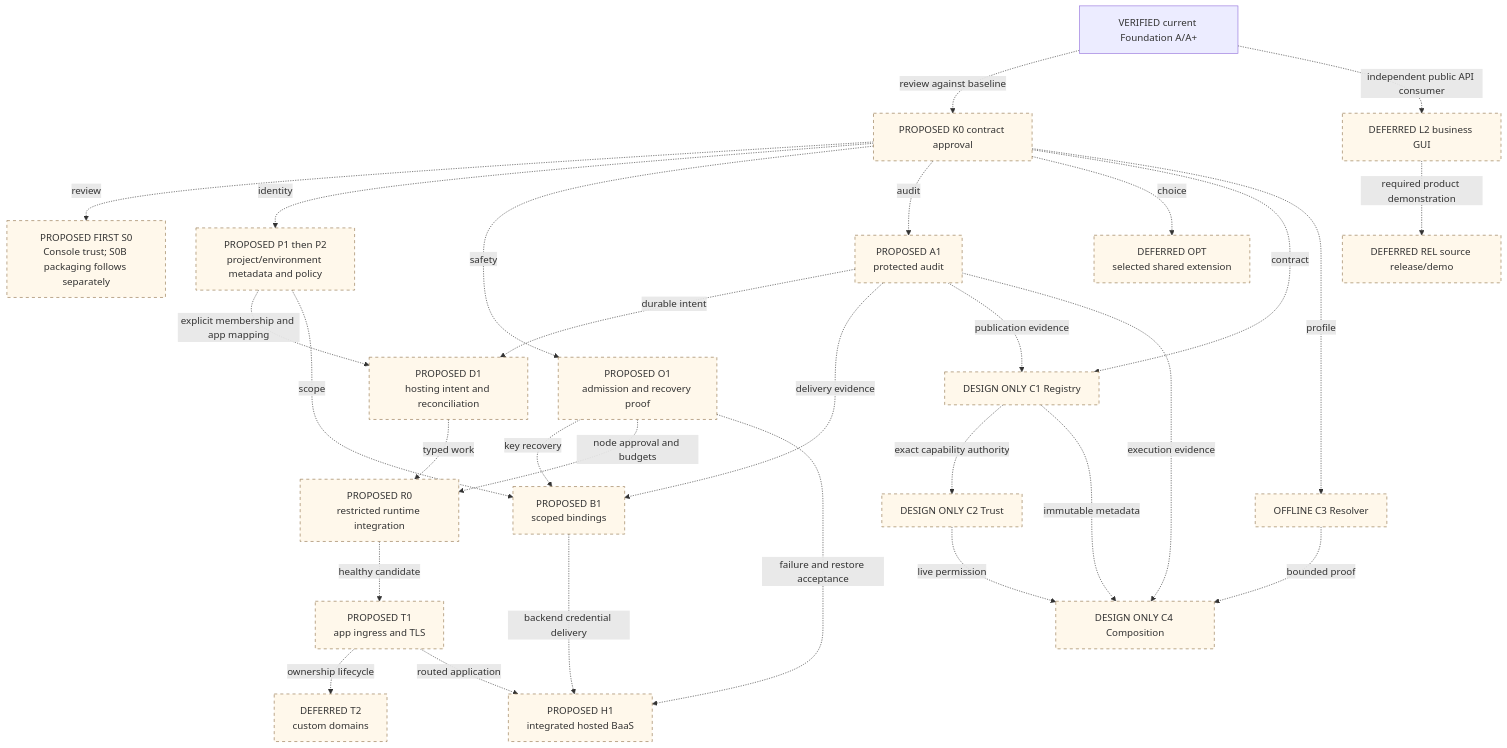
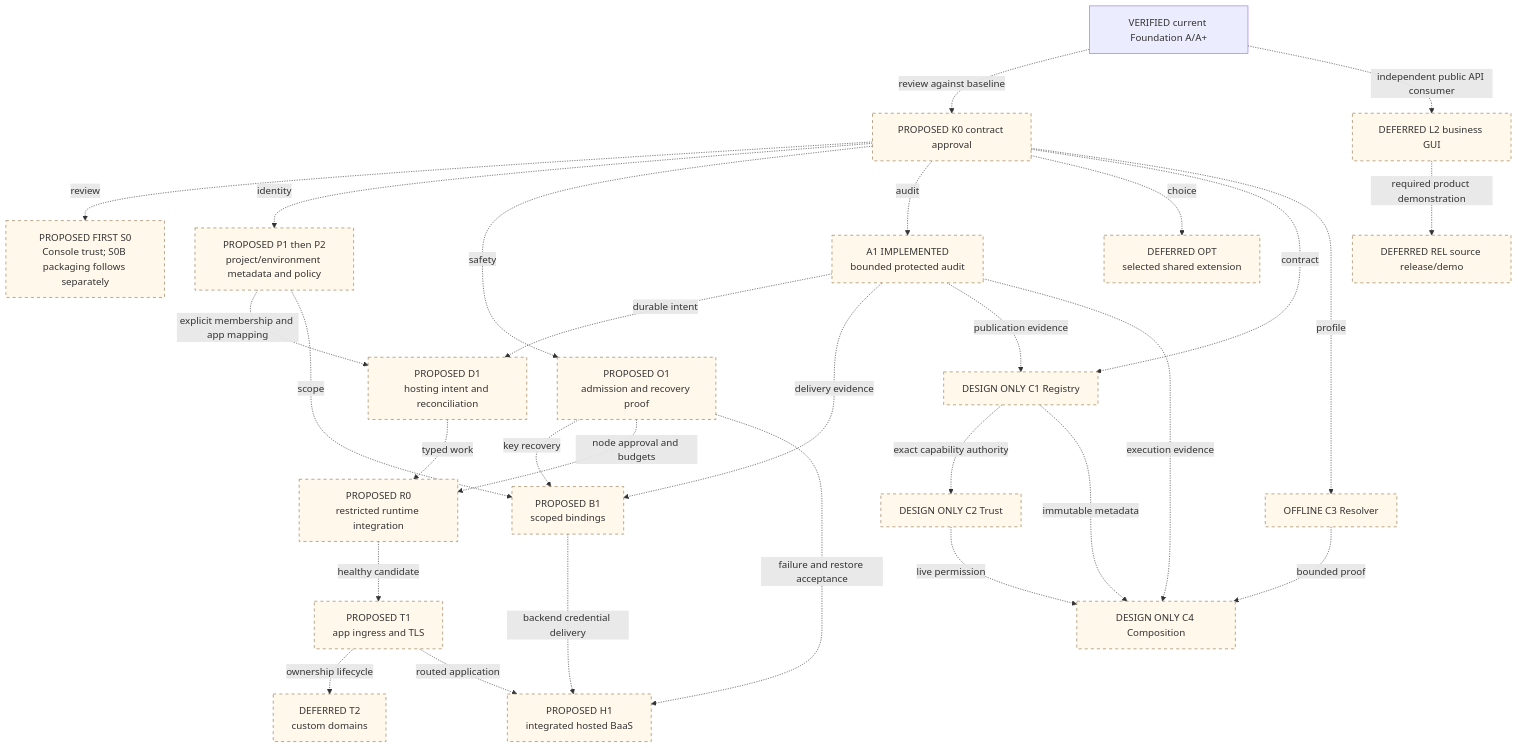
One commit to NHMNDaizoken/Rosetta changed the seventh of 8 diagrams in docs/architecture/ARCHITECTURE_MAPS.md. Above: the diagram before and after it, drawn with Mermaid. The commit also changed other lines of this file and 22 other files, not shown here.

Commit message:
feat(audit): implement bounded protected audit boundary

````diff
--- a/docs/architecture/ARCHITECTURE_MAPS.md
+++ b/docs/architecture/ARCHITECTURE_MAPS.md
@@ -266,52 +266,52 @@
 ```mermaid
 flowchart TB
   BASE["VERIFIED current Foundation A/A+"]
   K0["PROPOSED K0 contract approval"]
   S0["PROPOSED FIRST S0<br/>Console trust; S0B packaging follows separately"]
   META["PROPOSED P1 then P2<br/>project/environment metadata and policy"]
   CONTROL["PROPOSED D1<br/>hosting intent and reconciliation"]
   SAFE["PROPOSED O1<br/>admission and recovery proof"]
-  AUDIT["PROPOSED A1<br/>protected audit"]
+  AUDIT["A1 IMPLEMENTED<br/>bounded protected audit"]
   SECRET["PROPOSED B1<br/>scoped bindings"]
   RUN["PROPOSED R0<br/>restricted runtime integration"]
   TLS["PROPOSED T1<br/>app ingress and TLS"]
   DOMAIN["DEFERRED T2<br/>custom domains"]
   HOST["PROPOSED H1<br/>integrated hosted BaaS"]
   OPT["DEFERRED OPT<br/>selected shared extension"]
   REG["DESIGN ONLY C1 Registry"]
   TRUST["DESIGN ONLY C2 Trust"]
   RES["OFFLINE C3 Resolver"]
   COMP["DESIGN ONLY C4 Composition"]
   L2["DEFERRED L2 business GUI"]
   REL["DEFERRED REL source release/demo"]
   BASE -.->|review against baseline| K0
   K0 -.->|review| S0
   K0 -.->|identity| META
   K0 -.->|safety| SAFE
   K0 -.->|audit| AUDIT
   META -.->|explicit membership and app mapping| CONTROL
   AUDIT -.->|durable intent| CONTROL
   META -.->|scope| SECRET
   AUDIT -.->|delivery evidence| SECRET
   SAFE -.->|key recovery| SECRET
   CONTROL -.->|typed work| RUN
   SAFE -.->|node approval and budgets| RUN
   RUN -.->|healthy candidate| TLS
   TLS -.->|ownership lifecycle| DOMAIN
   TLS -.->|routed application| HOST
   SECRET -.->|backend credential delivery| HOST
   SAFE -.->|failure and restore acceptance| HOST
   K0 -.->|choice| OPT
   K0 -.->|contract| REG
   AUDIT -.->|publication evidence| REG
   REG -.->|exact capability authority| TRUST
   K0 -.->|profile| RES
   REG -.->|immutable metadata| COMP
   TRUST -.->|live permission| COMP
   RES -.->|bounded proof| COMP
   AUDIT -.->|execution evidence| COMP
   BASE -.->|independent public API consumer| L2
   L2 -.->|required product demonstration| REL
   classDef future fill:#fff8eb,stroke:#92734b,stroke-dasharray:5 5
   class K0,S0,META,CONTROL,SAFE,AUDIT,SECRET,RUN,TLS,DOMAIN,HOST,OPT,REG,TRUST,RES,COMP,L2,REL future
 ```
````
